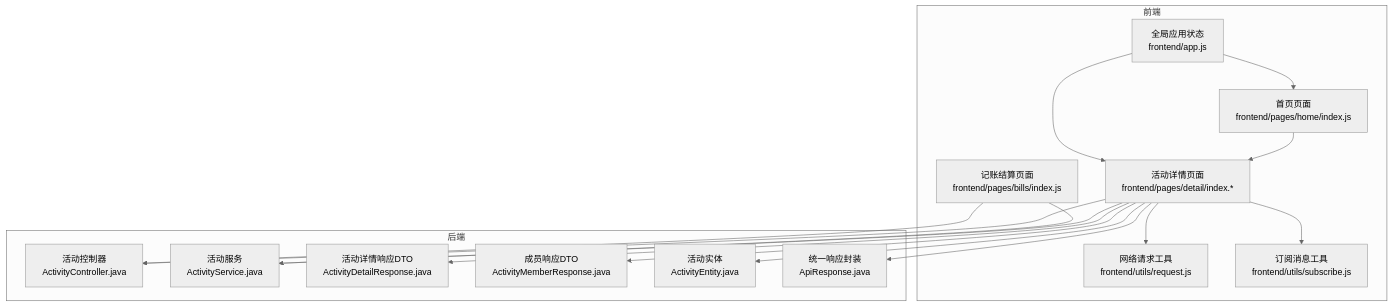
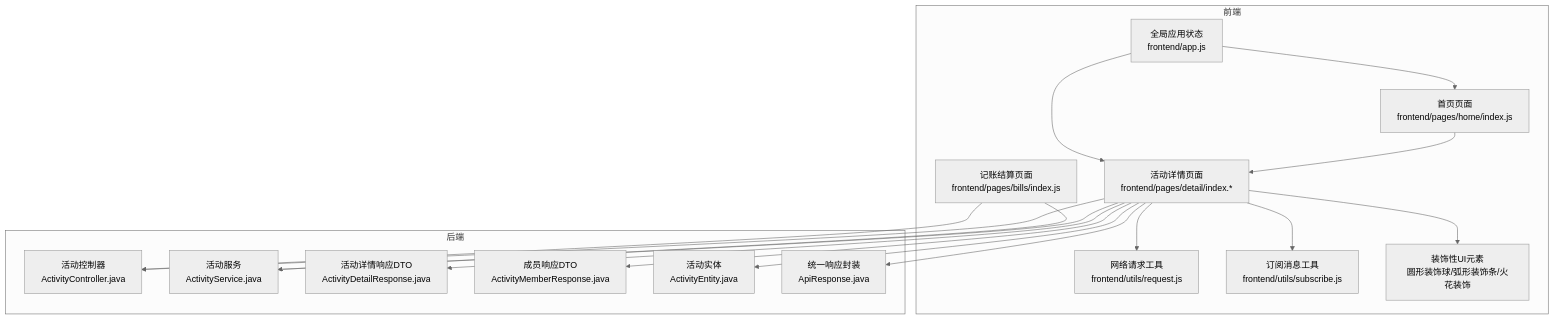
The first of 9 diagrams in .qoder/repowiki/zh/content/前端开发/页面组件开发/活动详情页面开发.md (cwxiao/zugeju), drawn with Mermaid (neutral theme) before and after one commit. The commit also changed other lines of this file and 39 other files, not shown here.

First line of the commit message:
前端优化：压缩UI装饰图至38KB + 精简各页面冗余文案

````diff
--- a/.qoder/repowiki/zh/content/前端开发/页面组件开发/活动详情页面开发.md
+++ b/.qoder/repowiki/zh/content/前端开发/页面组件开发/活动详情页面开发.md
@@ -49,32 +49,34 @@
 ```mermaid
 graph TB
 subgraph "前端"
 Detail["活动详情页面<br/>frontend/pages/detail/index.*"]
 Bills["记账结算页面<br/>frontend/pages/bills/index.js"]
 Request["网络请求工具<br/>frontend/utils/request.js"]
 Subscribe["订阅消息工具<br/>frontend/utils/subscribe.js"]
 Home["首页页面<br/>frontend/pages/home/index.js"]
 App["全局应用状态<br/>frontend/app.js"]
+Decoration["装饰性UI元素<br/>圆形装饰球/弧形装饰条/火花装饰"]
 end
 subgraph "后端"
 AC["活动控制器<br/>ActivityController.java"]
 AS["活动服务<br/>ActivityService.java"]
 AD["活动详情响应DTO<br/>ActivityDetailResponse.java"]
 AM["成员响应DTO<br/>ActivityMemberResponse.java"]
 AE["活动实体<br/>ActivityEntity.java"]
 AR["统一响应封装<br/>ApiResponse.java"]
 end
 Detail --> Request
 Detail --> Subscribe
 Detail --> AC
 Detail --> AS
 Detail --> AD
 Detail --> AM
 Detail --> AE
 Detail --> AR
+Detail --> Decoration
 Bills --> AC
 Bills --> AS
 Home --> Detail
 App --> Detail
 App --> Home
 ```
````
